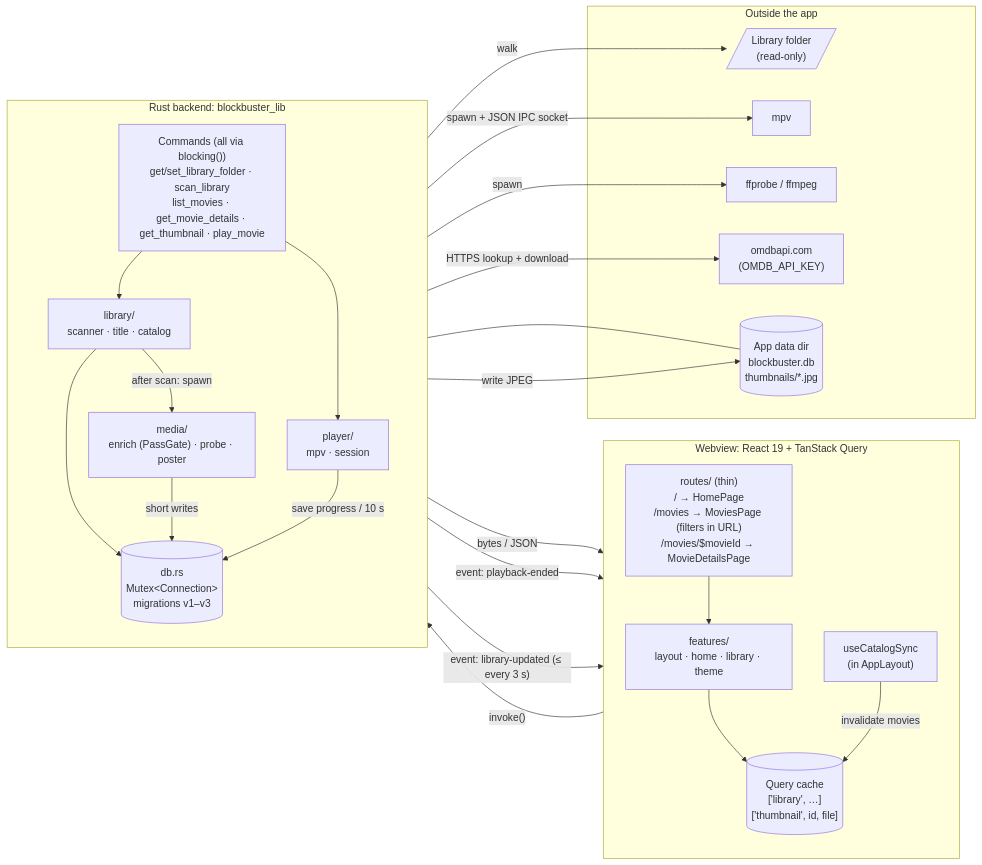
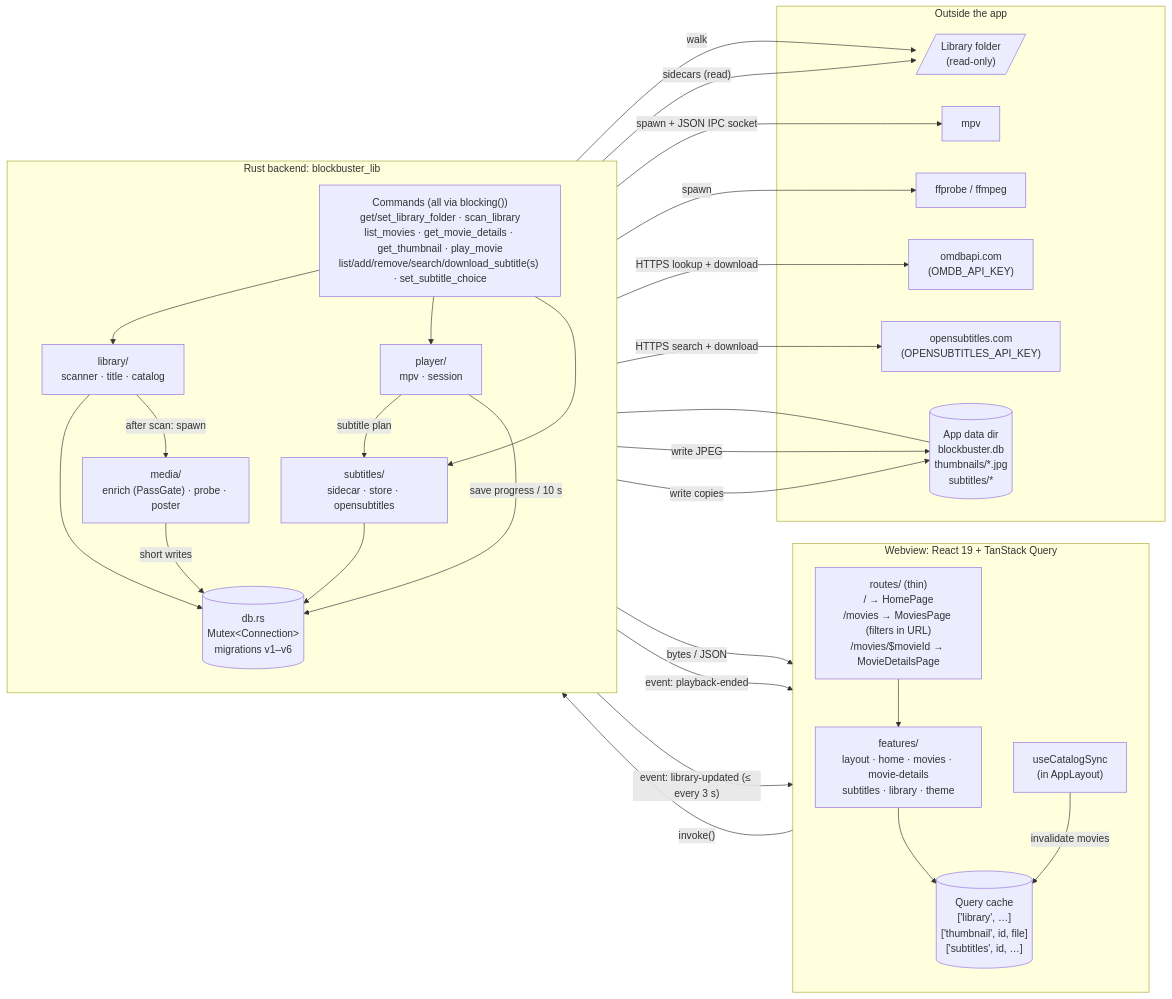
Before and after one commit to jintu-das/blockbuster: the first of 3 diagrams in docs/architecture.md, drawn with Mermaid. The commit also changed other lines of this file and 35 other files, not shown here.

First line of the commit message:
feat: add dialog, radio group, and select components; implement subtitles search and management features

````diff
--- a/docs/architecture.md
+++ b/docs/architecture.md
@@ -9,46 +9,53 @@
 ```mermaid
 flowchart LR
   subgraph WV["Webview: React 19 + TanStack Query"]
     direction TB
     R["routes/ (thin)<br/>/ → HomePage<br/>/movies → MoviesPage (filters in URL)<br/>/movies/$movieId → MovieDetailsPage"]
-    F["features/<br/>layout · home · library · theme"]
-    Q[("Query cache<br/>['library', …]<br/>['thumbnail', id, file]")]
+    F["features/<br/>layout · home · movies · movie-details<br/>subtitles · library · theme"]
+    Q[("Query cache<br/>['library', …]<br/>['thumbnail', id, file]<br/>['subtitles', id, …]")]
     S["useCatalogSync<br/>(in AppLayout)"]
     R --> F --> Q
   end
 
   subgraph RS["Rust backend: blockbuster_lib"]
     direction TB
-    CMD["Commands (all via blocking())<br/>get/set_library_folder · scan_library<br/>list_movies · get_movie_details · get_thumbnail · play_movie"]
+    CMD["Commands (all via blocking())<br/>get/set_library_folder · scan_library<br/>list_movies · get_movie_details · get_thumbnail · play_movie<br/>list/add/remove/search/download_subtitle(s) · set_subtitle_choice"]
     LIB["library/<br/>scanner · title · catalog"]
     PLY["player/<br/>mpv · session"]
     MED["media/<br/>enrich (PassGate) · probe · poster"]
-    DB[("db.rs<br/>Mutex#lt;Connection#gt;<br/>migrations v1–v3")]
+    SUB["subtitles/<br/>sidecar · store · opensubtitles"]
+    DB[("db.rs<br/>Mutex#lt;Connection#gt;<br/>migrations v1–v6")]
     CMD --> LIB --> DB
     CMD --> PLY
+    CMD --> SUB --> DB
+    PLY -- "subtitle plan" --> SUB
     LIB -- "after scan: spawn" --> MED
     MED -- "short writes" --> DB
     PLY -- "save progress / 10 s" --> DB
   end
 
   subgraph EXT["Outside the app"]
     FS[/"Library folder<br/>(read-only)"/]
     MPV["mpv"]
     FF["ffprobe / ffmpeg"]
     OMDB["omdbapi.com<br/>(OMDB_API_KEY)"]
-    DATA[("App data dir<br/>blockbuster.db<br/>thumbnails/*.jpg")]
+    OSUB["opensubtitles.com<br/>(OPENSUBTITLES_API_KEY)"]
+    DATA[("App data dir<br/>blockbuster.db<br/>thumbnails/*.jpg<br/>subtitles/*")]
   end
 
   F -- "invoke()" --> CMD
   CMD -- "bytes / JSON" --> F
   PLY -- "event: playback-ended" --> S
   MED -- "event: library-updated (≤ every 3 s)" --> S
   S -- "invalidate movies" --> Q
 
   LIB -- "walk" --> FS
   PLY -- "spawn + JSON IPC socket" --> MPV
   MED -- "spawn" --> FF
   MED -- "HTTPS lookup + download" --> OMDB
   DB --- DATA
   MED -- "write JPEG" --> DATA
+  SUB -- "sidecars (read)" --> FS
+  SUB -- "HTTPS search + download" --> OSUB
+  SUB -- "write copies" --> DATA
 ```
````
